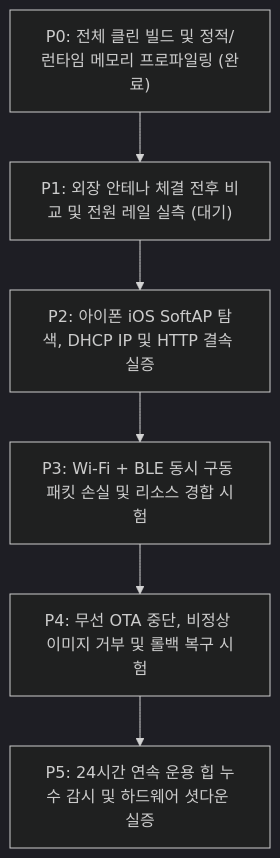
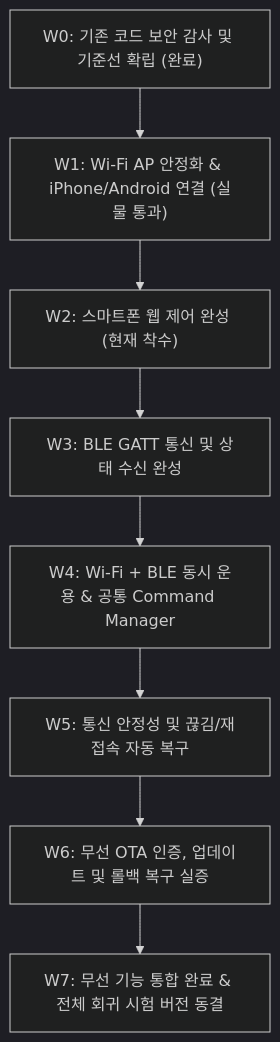
Before and after one commit to youngseokchomajn-web/MAJN_GEMINI: the diagram in docs/MAJN_FIRMWARE_STABILIZATION_AND_VERIFICATION_MASTER_PLAN.md, drawn with Mermaid (dark theme). The commit also changed other lines of this file and 1 other file, not shown here.

Commit message:
docs(wireless): update master plan to v2.0 (W0-W7 wireless-first) and log W1 iPhone physical verification pass

````diff
--- a/docs/MAJN_FIRMWARE_STABILIZATION_AND_VERIFICATION_MASTER_PLAN.md
+++ b/docs/MAJN_FIRMWARE_STABILIZATION_AND_VERIFICATION_MASTER_PLAN.md
@@ -55,8 +28,10 @@
 ```mermaid
 flowchart TD
-    P0["P0: 전체 클린 빌드 및 정적/런타임 메모리 프로파일링 (완료)"] --> P1["P1: 외장 안테나 체결 전후 비교 및 전원 레일 실측 (대기)"]
-    P1 --> P2["P2: 아이폰 iOS SoftAP 탐색, DHCP IP 및 HTTP 결속 실증"]
-    P2 --> P3["P3: Wi-Fi + BLE 동시 구동 패킷 손실 및 리소스 경합 시험"]
-    P3 --> P4["P4: 무선 OTA 중단, 비정상 이미지 거부 및 롤백 복구 시험"]
-    P4 --> P5["P5: 24시간 연속 운용 힙 누수 감시 및 하드웨어 셧다운 실증"]
+    W0["W0: 기존 코드 보안 감사 및 기준선 확립 (완료)"] --> W1["W1: Wi-Fi AP 안정화 & iPhone/Android 연결 (실물 통과)"]
+    W1 --> W2["W2: 스마트폰 웹 제어 완성 (현재 착수)"]
+    W2 --> W3["W3: BLE GATT 통신 및 상태 수신 완성"]
+    W3 --> W4["W4: Wi-Fi + BLE 동시 운용 & 공통 Command Manager"]
+    W4 --> W5["W5: 통신 안정성 및 끊김/재접속 자동 복구"]
+    W5 --> W6["W6: 무선 OTA 인증, 업데이트 및 롤백 복구 실증"]
+    W6 --> W7["W7: 무선 기능 통합 완료 & 전체 회귀 시험 버전 동결"]
 ```
````
